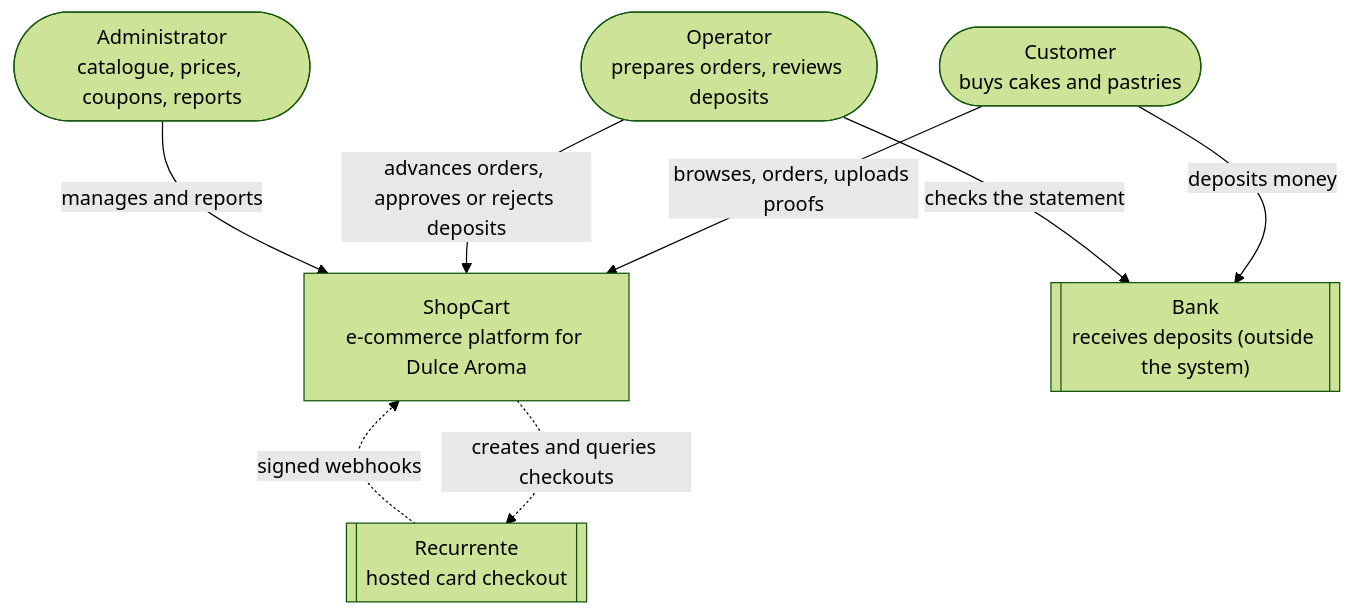
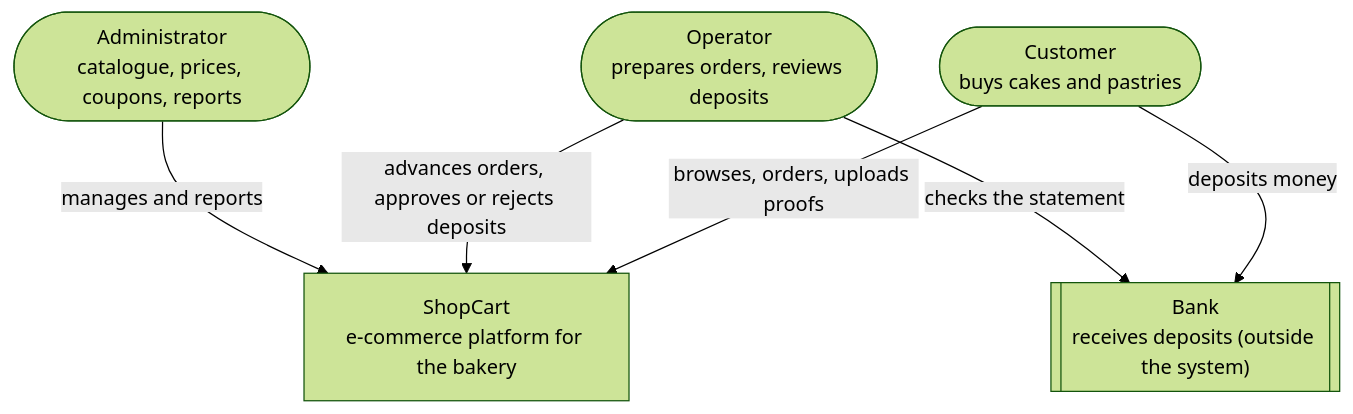
The diagram in docs/architecture/c4/context.md (RedeArmy/bakery-shopcart-ecommerce), drawn with Mermaid (forest theme) before and after one commit. The commit also changed other lines of this file and 28 other files, not shown here.

First line of the commit message:
docs: verify the delivery with Postman, align the architecture and rename the bakery (#42)

````diff
--- a/docs/architecture/c4/context.md
+++ b/docs/architecture/c4/context.md
@@ -3,17 +3,14 @@
 ```mermaid
 flowchart TB
   customer(["Customer<br/>buys cakes and pastries"])
   operator(["Operator<br/>prepares orders, reviews deposits"])
   admin(["Administrator<br/>catalogue, prices, coupons, reports"])
-  shopcart["ShopCart<br/>e-commerce platform for Dulce Aroma"]
-  recurrente[["Recurrente<br/>hosted card checkout"]]
+  shopcart["ShopCart<br/>e-commerce platform for the bakery"]
   bank[["Bank<br/>receives deposits (outside the system)"]]
 
   customer -->|browses, orders, uploads proofs| shopcart
   operator -->|advances orders, approves or rejects deposits| shopcart
   admin -->|manages and reports| shopcart
-  shopcart -.->|creates and queries checkouts| recurrente
-  recurrente -.->|signed webhooks| shopcart
   customer -->|deposits money| bank
   operator -->|checks the statement| bank
 ```
````
